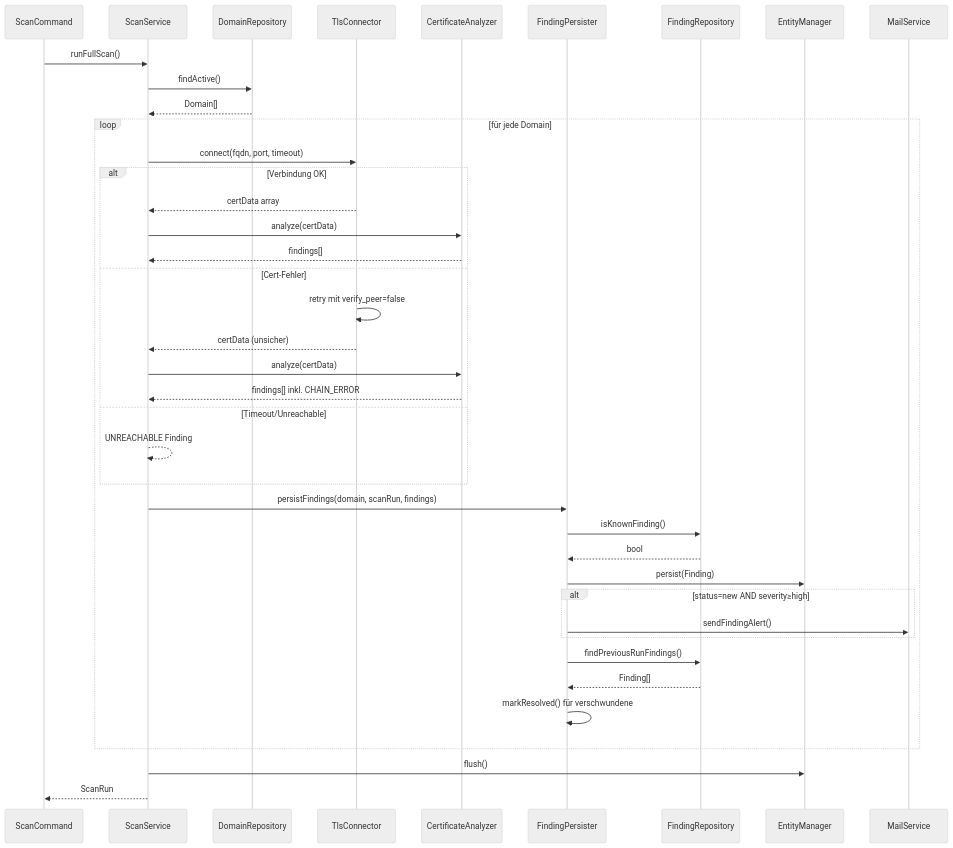
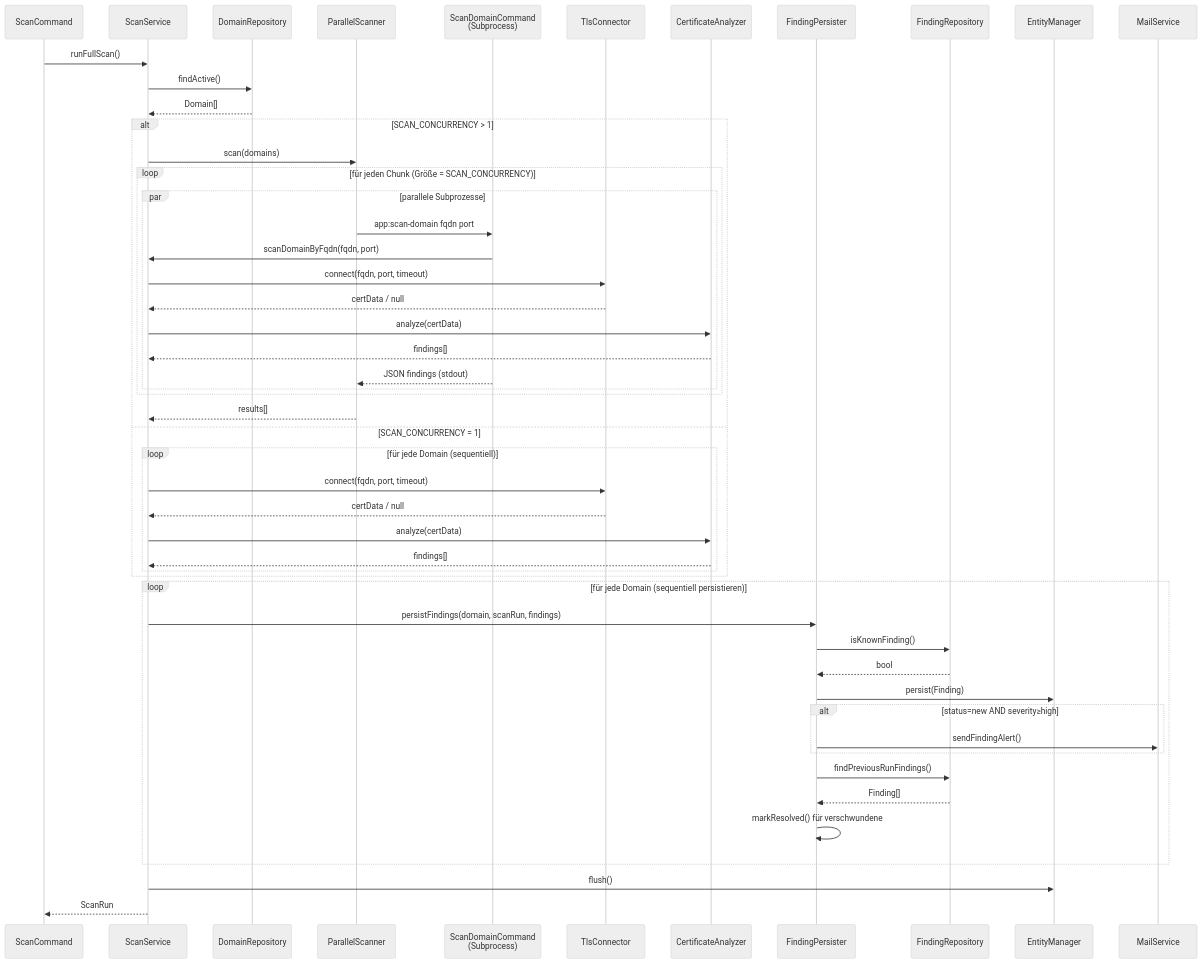
The second of 2 diagrams in docs/architecture.md (lesven/crySSLCheck), drawn with Mermaid (neutral theme) before and after one commit. The commit also changed other lines of this file and 15 other files, not shown here.

First line of the commit message:
feat: add parallel scanning capability with new ParallelScanner service

````diff
--- a/docs/architecture.md
+++ b/docs/architecture.md
@@ -172,46 +180,57 @@
 ```mermaid
 sequenceDiagram
     participant Cmd as ScanCommand
     participant SS as ScanService
     participant DR as DomainRepository
+    participant PS as ParallelScanner
+    participant SDC as ScanDomainCommand<br/>(Subprocess)
     participant TC as TlsConnector
     participant CA as CertificateAnalyzer
     participant FP as FindingPersister
     participant FR as FindingRepository
     participant EM as EntityManager
     participant MS as MailService
 
     Cmd->>SS: runFullScan()
     SS->>DR: findActive()
     DR-->>SS: Domain[]
 
-    loop für jede Domain
-        SS->>TC: connect(fqdn, port, timeout)
-        alt Verbindung OK
-            TC-->>SS: certData array
+    alt SCAN_CONCURRENCY > 1
+        SS->>PS: scan(domains)
+        loop für jeden Chunk (Größe = SCAN_CONCURRENCY)
+            par parallele Subprozesse
+                PS->>SDC: app:scan-domain fqdn port
+                SDC->>SS: scanDomainByFqdn(fqdn, port)
+                SS->>TC: connect(fqdn, port, timeout)
+                TC-->>SS: certData / null
+                SS->>CA: analyze(certData)
+                CA-->>SS: findings[]
+                SDC-->>PS: JSON findings (stdout)
+            end
+        end
+        PS-->>SS: results[]
+    else SCAN_CONCURRENCY = 1
+        loop für jede Domain (sequentiell)
+            SS->>TC: connect(fqdn, port, timeout)
+            TC-->>SS: certData / null
             SS->>CA: analyze(certData)
             CA-->>SS: findings[]
-        else Cert-Fehler
-            TC->>TC: retry mit verify_peer=false
-            TC-->>SS: certData (unsicher)
-            SS->>CA: analyze(certData)
-            CA-->>SS: findings[] inkl. CHAIN_ERROR
-        else Timeout/Unreachable
-            SS-->>SS: UNREACHABLE Finding
         end
+    end
 
+    loop für jede Domain (sequentiell persistieren)
         SS->>FP: persistFindings(domain, scanRun, findings)
         FP->>FR: isKnownFinding()
         FR-->>FP: bool
         FP->>EM: persist(Finding)
         alt status=new AND severity≥high
             FP->>MS: sendFindingAlert()
         end
         FP->>FR: findPreviousRunFindings()
         FR-->>FP: Finding[]
         FP->>FP: markResolved() für verschwundene
     end
 
     SS->>EM: flush()
     SS-->>Cmd: ScanRun
 ```
````
